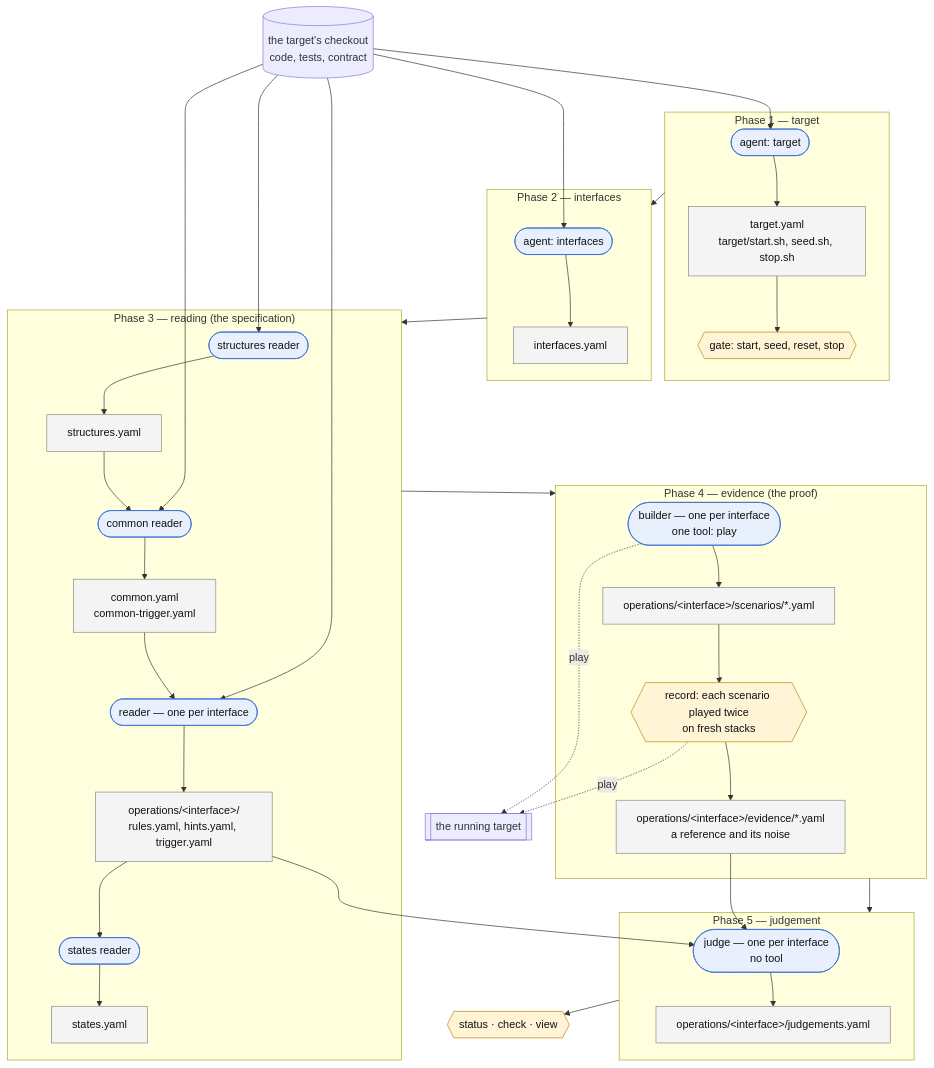
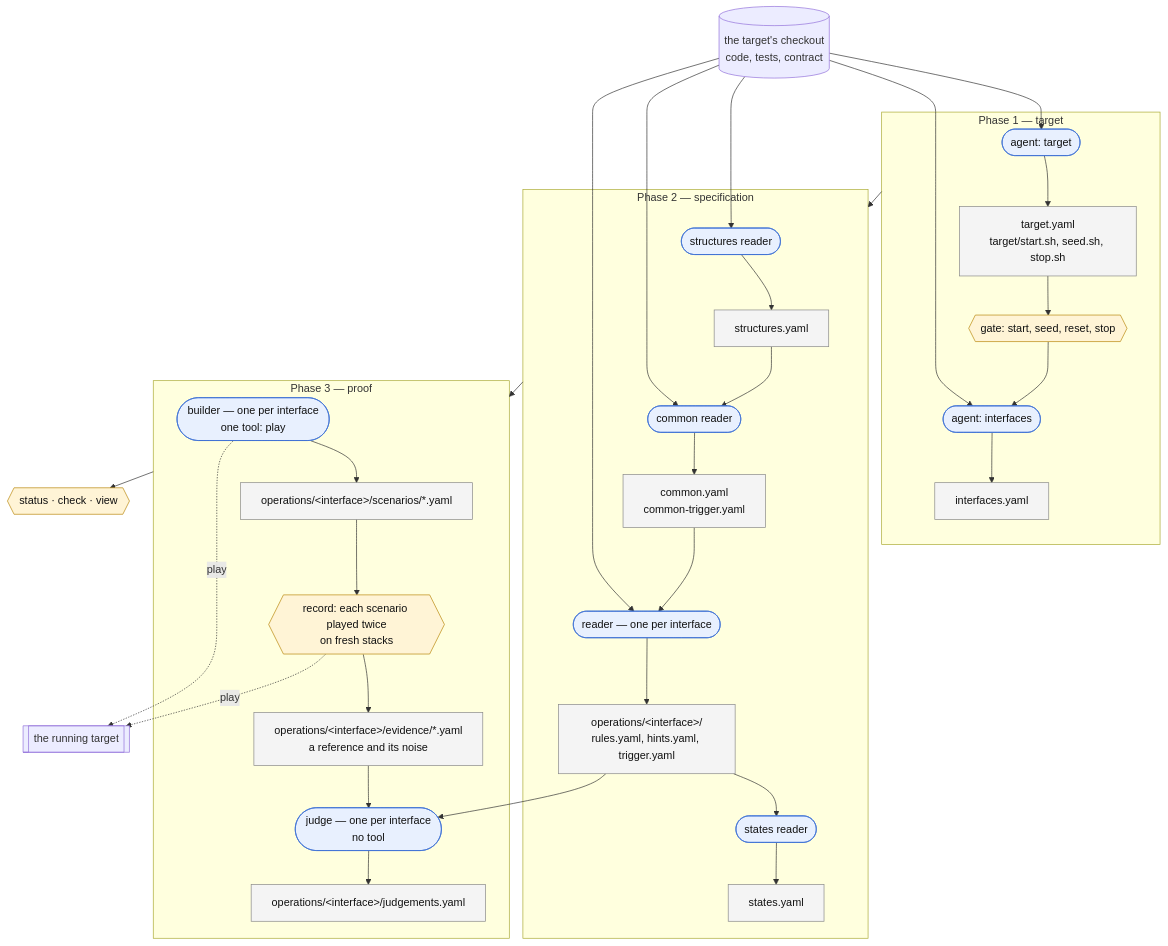
The first of 2 diagrams in docs/extraction-flow.md (defsquare/exspec), drawn with Mermaid before and after one commit. The commit also changed other lines of this file and 19 other files, not shown here.

First line of the commit message:
feat: extract runs three phases — target, specification, proof

````diff
--- a/docs/extraction-flow.md
+++ b/docs/extraction-flow.md
@@ -13,66 +15,57 @@
 ```mermaid
 flowchart TD
     code[("the target's checkout<br/>code, tests, contract")]
 
     subgraph P1["Phase 1 — target"]
         A1(["agent: target"])
         F1["target.yaml<br/>target/start.sh, seed.sh, stop.sh"]
         G1{{"gate: start, seed, reset, stop"}}
-        A1 --> F1 --> G1
+        A2(["agent: interfaces"])
+        F2["interfaces.yaml"]
+        A1 --> F1 --> G1 --> A2 --> F2
     end
 
-    subgraph P2["Phase 2 — interfaces"]
-        A2(["agent: interfaces"])
-        F2["interfaces.yaml"]
-        A2 --> F2
-    end
-
-    subgraph P3["Phase 3 — reading (the specification)"]
+    subgraph P2["Phase 2 — specification"]
         R1(["structures reader"])
         F3["structures.yaml"]
         R2(["common reader"])
         F4["common.yaml<br/>common-trigger.yaml"]
         R3(["reader — one per interface"])
         F5["operations/&lt;interface&gt;/<br/>rules.yaml, hints.yaml, trigger.yaml"]
         R4(["states reader"])
         F6["states.yaml"]
         R1 --> F3 --> R2 --> F4 --> R3 --> F5 --> R4 --> F6
     end
 
-    subgraph P4["Phase 4 — evidence (the proof)"]
+    subgraph P3["Phase 3 — proof"]
         B(["builder — one per interface<br/>one tool: play"])
         F7["operations/&lt;interface&gt;/scenarios/*.yaml"]
         T1{{"record: each scenario played twice<br/>on fresh stacks"}}
         F8["operations/&lt;interface&gt;/evidence/*.yaml<br/>a reference and its noise"]
-        B --> F7 --> T1 --> F8
-    end
-
-    subgraph P5["Phase 5 — judgement"]
         J(["judge — one per interface<br/>no tool"])
         F9["operations/&lt;interface&gt;/judgements.yaml"]
-        J --> F9
+        B --> F7 --> T1 --> F8 --> J --> F9
     end
 
     sys[["the running target"]]
 
     code --> A1
     code --> A2
     code --> R1
     code --> R2
     code --> R3
-    P1 --> P2 --> P3 --> P4 --> P5
+    P1 --> P2 --> P3
     B -. "play" .-> sys
     T1 -. "play" .-> sys
-    F8 --> J
     F5 --> J
 
     V{{"status · check · view"}}
-    P5 --> V
+    P3 --> V
 
     classDef agent fill:#e8f0fe,stroke:#3b6fd4,color:#111;
     classDef tool fill:#fff4d6,stroke:#b8860b,color:#111;
     classDef file fill:#f4f4f4,stroke:#888,color:#111;
     class A1,A2,R1,R2,R3,R4,B,J agent;
     class G1,T1,V tool;
     class F1,F2,F3,F4,F5,F6,F7,F8,F9 file;
 ```
````
